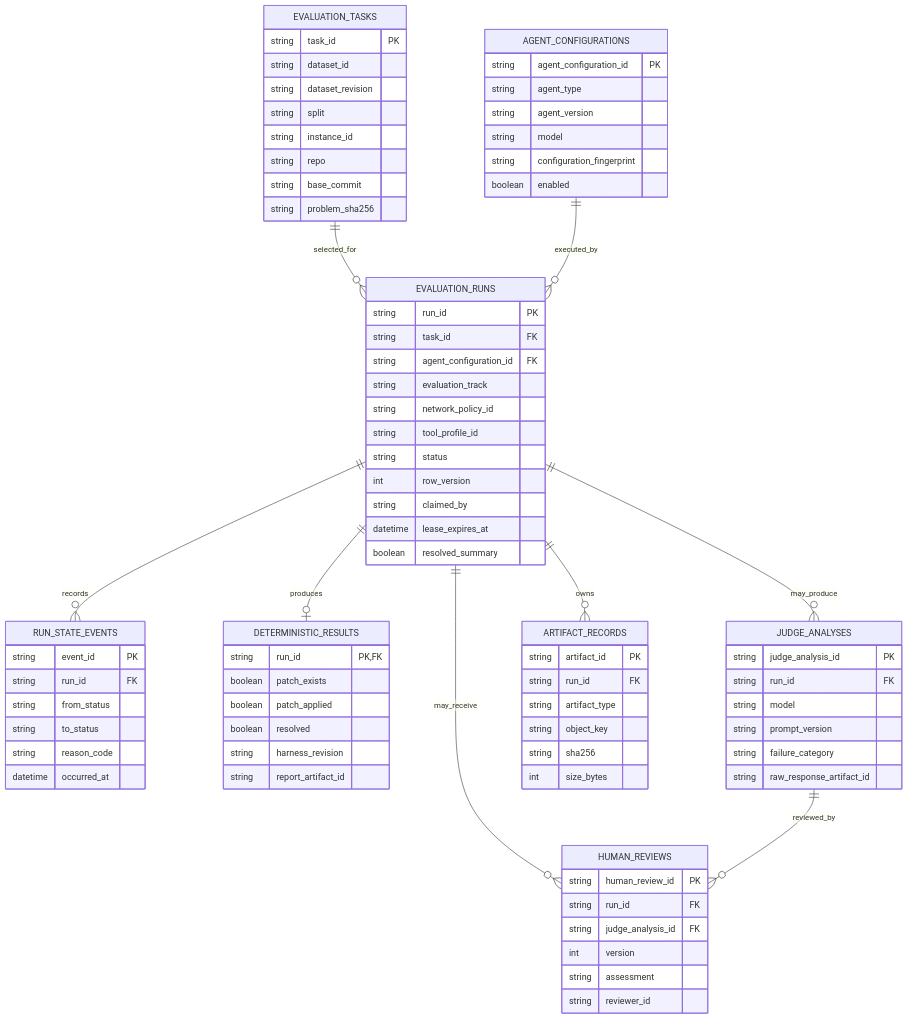
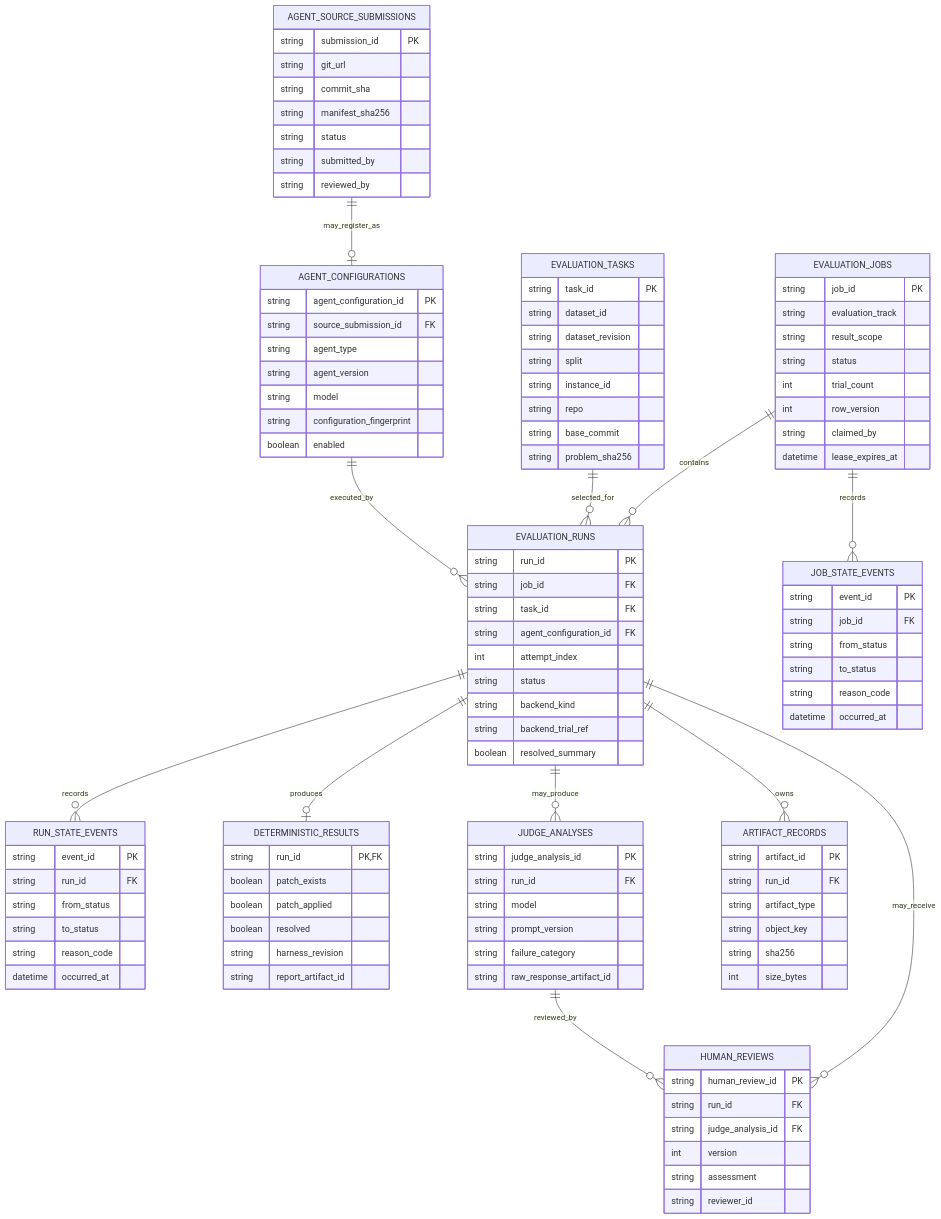
The first of 4 diagrams in docs/architecture/DATA_MODEL.md (anphuchoang5-sys/agent-exam), drawn with Mermaid before and after one commit. The commit also changed other lines of this file and 14 other files, not shown here.

Commit message:
docs: finalize Harbor execution architecture

````diff
--- a/docs/architecture/DATA_MODEL.md
+++ b/docs/architecture/DATA_MODEL.md
@@ -32,7 +34,10 @@
 ```mermaid
 erDiagram
+    AGENT_SOURCE_SUBMISSIONS ||--o| AGENT_CONFIGURATIONS : may_register_as
+    EVALUATION_JOBS ||--o{ EVALUATION_RUNS : contains
     EVALUATION_TASKS ||--o{ EVALUATION_RUNS : selected_for
     AGENT_CONFIGURATIONS ||--o{ EVALUATION_RUNS : executed_by
+    EVALUATION_JOBS ||--o{ JOB_STATE_EVENTS : records
     EVALUATION_RUNS ||--o{ RUN_STATE_EVENTS : records
     EVALUATION_RUNS ||--o| DETERMINISTIC_RESULTS : produces
     EVALUATION_RUNS ||--o{ JUDGE_ANALYSES : may_produce
@@ -52,24 +57,50 @@
     }
     AGENT_CONFIGURATIONS {
       string agent_configuration_id PK
+      string source_submission_id FK
       string agent_type
       string agent_version
       string model
       string configuration_fingerprint
       boolean enabled
     }
-    EVALUATION_RUNS {
-      string run_id PK
-      string task_id FK
-      string agent_configuration_id FK
+    AGENT_SOURCE_SUBMISSIONS {
+      string submission_id PK
+      string git_url
+      string commit_sha
+      string manifest_sha256
+      string status
+      string submitted_by
+      string reviewed_by
+    }
+    EVALUATION_JOBS {
+      string job_id PK
       string evaluation_track
-      string network_policy_id
-      string tool_profile_id
+      string result_scope
       string status
+      int trial_count
       int row_version
       string claimed_by
       datetime lease_expires_at
+    }
+    EVALUATION_RUNS {
+      string run_id PK
+      string job_id FK
+      string task_id FK
+      string agent_configuration_id FK
+      int attempt_index
+      string status
+      string backend_kind
+      string backend_trial_ref
       boolean resolved_summary
+    }
+    JOB_STATE_EVENTS {
+      string event_id PK
+      string job_id FK
+      string from_status
+      string to_status
+      string reason_code
+      datetime occurred_at
     }
     RUN_STATE_EVENTS {
       string event_id PK
````
